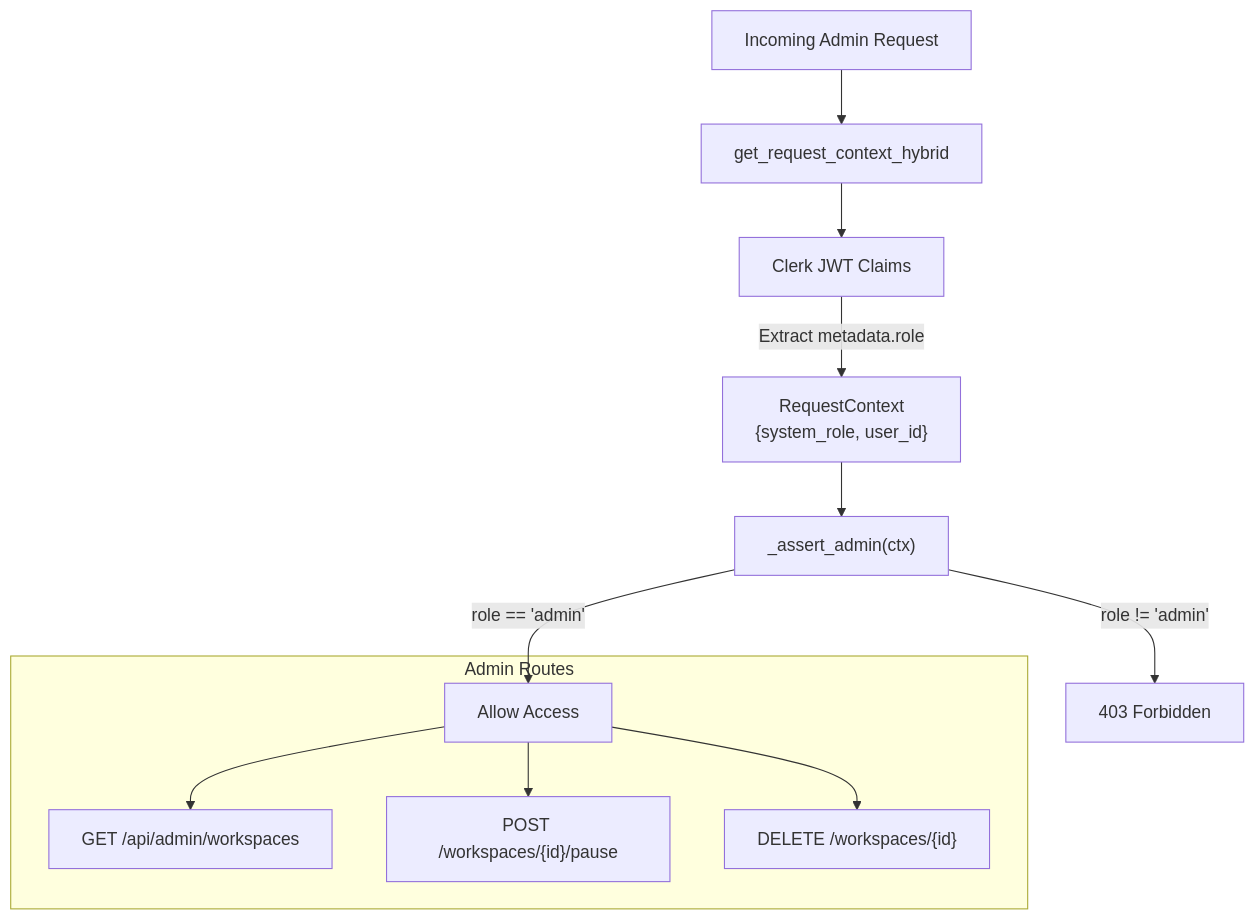
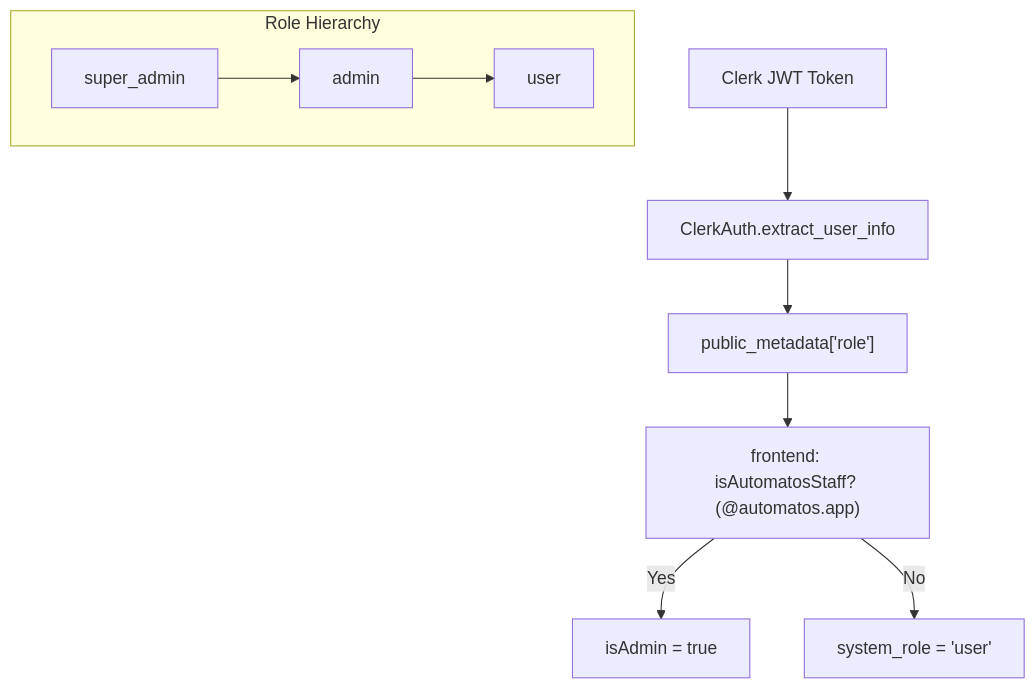
Before and after one commit to AutomatosAI/automatos-ai: the first of 3 diagrams in docs/authentication-multi-tenancy/admin-access-control.md, drawn with Mermaid. The commit also changed other lines of this file and 191 other files, not shown here.

````diff
--- a/docs/authentication-multi-tenancy/admin-access-control.md
+++ b/docs/authentication-multi-tenancy/admin-access-control.md
@@ -56,21 +68,21 @@
 ```mermaid
-graph TB
-    Request["Incoming Admin Request"]
-    Auth["get_request_context_hybrid"]
-    Clerk["Clerk JWT Claims"]
-    Context["RequestContext<br/>{system_role, user_id}"]
-    Assert["_assert_admin(ctx)"]
+graph TD
+    JWT["Clerk JWT Token"]
+    Extract["ClerkAuth.extract_user_info"]
+    Metadata["public_metadata['role']"]
+    StaffCheck["frontend: isAutomatosStaff? (@automatos.app)"]
     
-    Request --> Auth
-    Auth --> Clerk
-    Clerk -->|Extract metadata.role| Context
-    Context --> Assert
-    Assert -->|role == 'admin'| Grant["Allow Access"]
-    Assert -->|role != 'admin'| Deny["403 Forbidden"]
-
-    subgraph "Admin Routes"
-    Grant --> ListWS["GET /api/admin/workspaces"]
-    Grant --> PauseWS["POST /workspaces/{id}/pause"]
-    Grant --> PurgeWS["DELETE /workspaces/{id}"]
+    JWT --> Extract
+    Extract --> Metadata
+    Metadata --> StaffCheck
+    StaffCheck -->|Yes| Admin["isAdmin = true"]
+    StaffCheck -->|No| User["system_role = 'user'"]
+    
+    subgraph "Role Hierarchy"
+        SA["super_admin"]
+        A["admin"]
+        U["user"]
+        SA --> A
+        A --> U
     end
 ```
````
